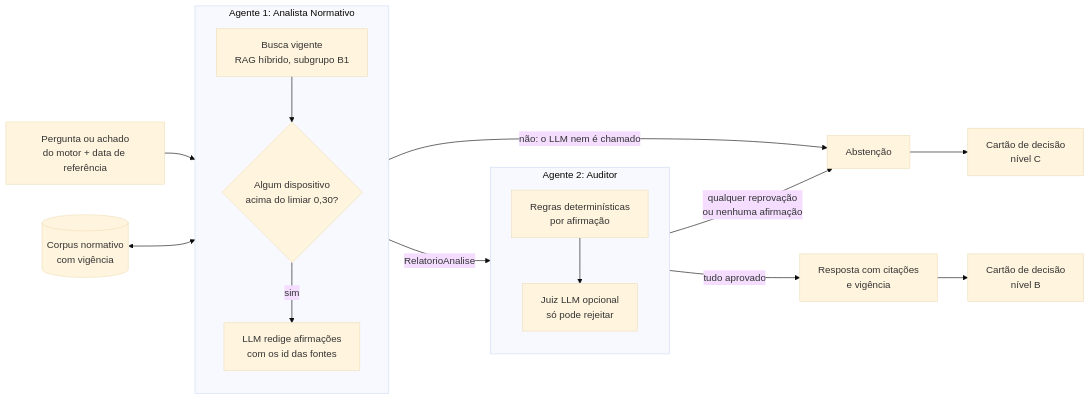
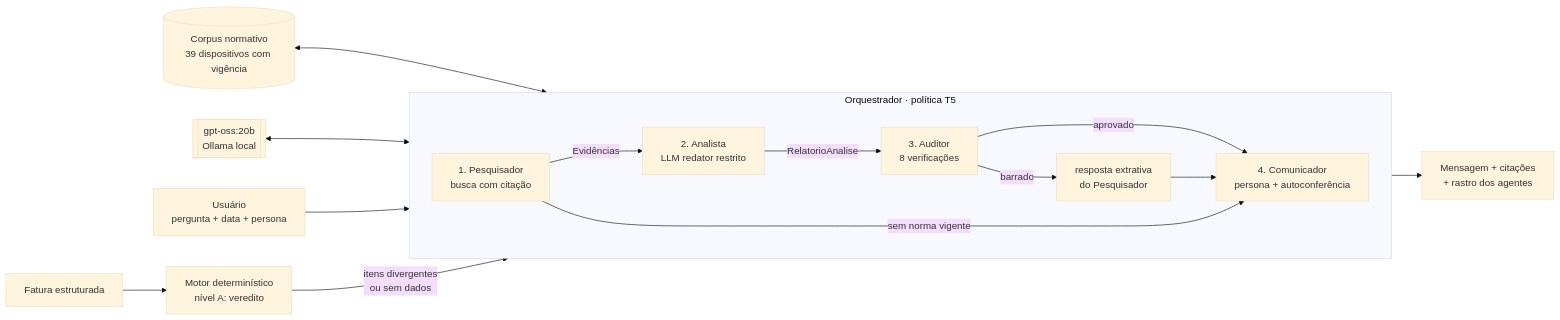
The first of 3 diagrams in docs/arquitetura/agentes.md (grupo-8-residencia/Fatura-Aberta), drawn with Mermaid (base theme) before and after one commit. The commit also changed other lines of this file and 2 other files, not shown here.

First line of the commit message:
docs(agentes): arquitetura dos 4 agentes, fluxos, demo e estado da S4 com o T5 (#36, #37)

````diff
--- a/docs/arquitetura/agentes.md
+++ b/docs/arquitetura/agentes.md
@@ -14,24 +25,20 @@
 ```mermaid
 flowchart LR
-    P[Pergunta ou achado<br/>do motor + data de referência] --> AN
+    U[Usuário<br/>pergunta + data + persona] --> OR
+    F[Fatura estruturada] --> MO[Motor determinístico<br/>nível A: veredito]
+    MO -->|itens divergentes<br/>ou sem dados| OR
 
-    subgraph AN[Agente 1: Analista Normativo]
-        direction TB
-        B[Busca vigente<br/>RAG híbrido, subgrupo B1] --> L{Algum dispositivo<br/>acima do limiar 0,30?}
-        L -->|sim| G[LLM redige afirmações<br/>com os id das fontes]
+    subgraph OR[Orquestrador · política T5]
+        direction LR
+        PE[1. Pesquisador<br/>busca com citação] -->|Evidências| AN[2. Analista<br/>LLM redator restrito]
+        AN -->|RelatorioAnalise| AU[3. Auditor<br/>8 verificações]
+        AU -->|aprovado| CO[4. Comunicador<br/>persona + autoconferência]
+        AU -->|barrado| FB[resposta extrativa<br/>do Pesquisador]
+        FB --> CO
+        PE -->|sem norma vigente| CO
     end
 
-    RAG[(Corpus normativo<br/>com vigência)] <--> B
-    L -->|não: o LLM nem é chamado| AB
-    G -->|RelatorioAnalise| AU
-
-    subgraph AU[Agente 2: Auditor]
-        direction TB
-        R[Regras determinísticas<br/>por afirmação] --> J[Juiz LLM opcional<br/>só pode rejeitar]
-    end
-
-    AU -->|tudo aprovado| OK[Resposta com citações<br/>e vigência]
-    AU -->|qualquer reprovação<br/>ou nenhuma afirmação| AB[Abstenção]
-    OK --> C[Cartão de decisão<br/>nível B]
-    AB --> C2[Cartão de decisão<br/>nível C]
+    RAG[(Corpus normativo<br/>39 dispositivos com vigência)] <--> PE
+    LLM[[gpt-oss:20b<br/>Ollama local]] <--> AN
+    CO --> SAIDA[Mensagem + citações<br/>+ rastro dos agentes]
 ```
````
